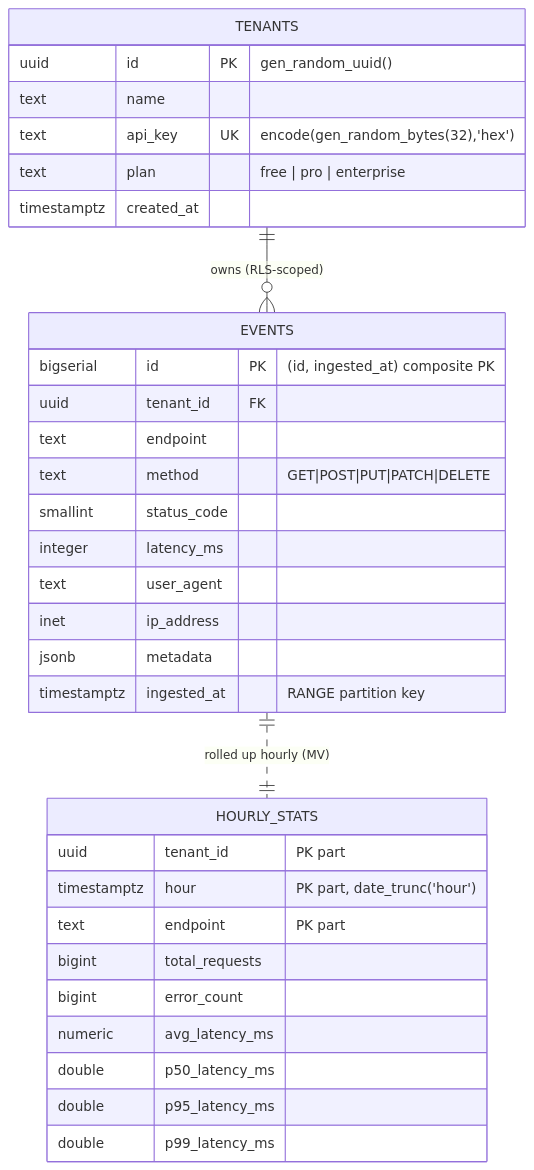
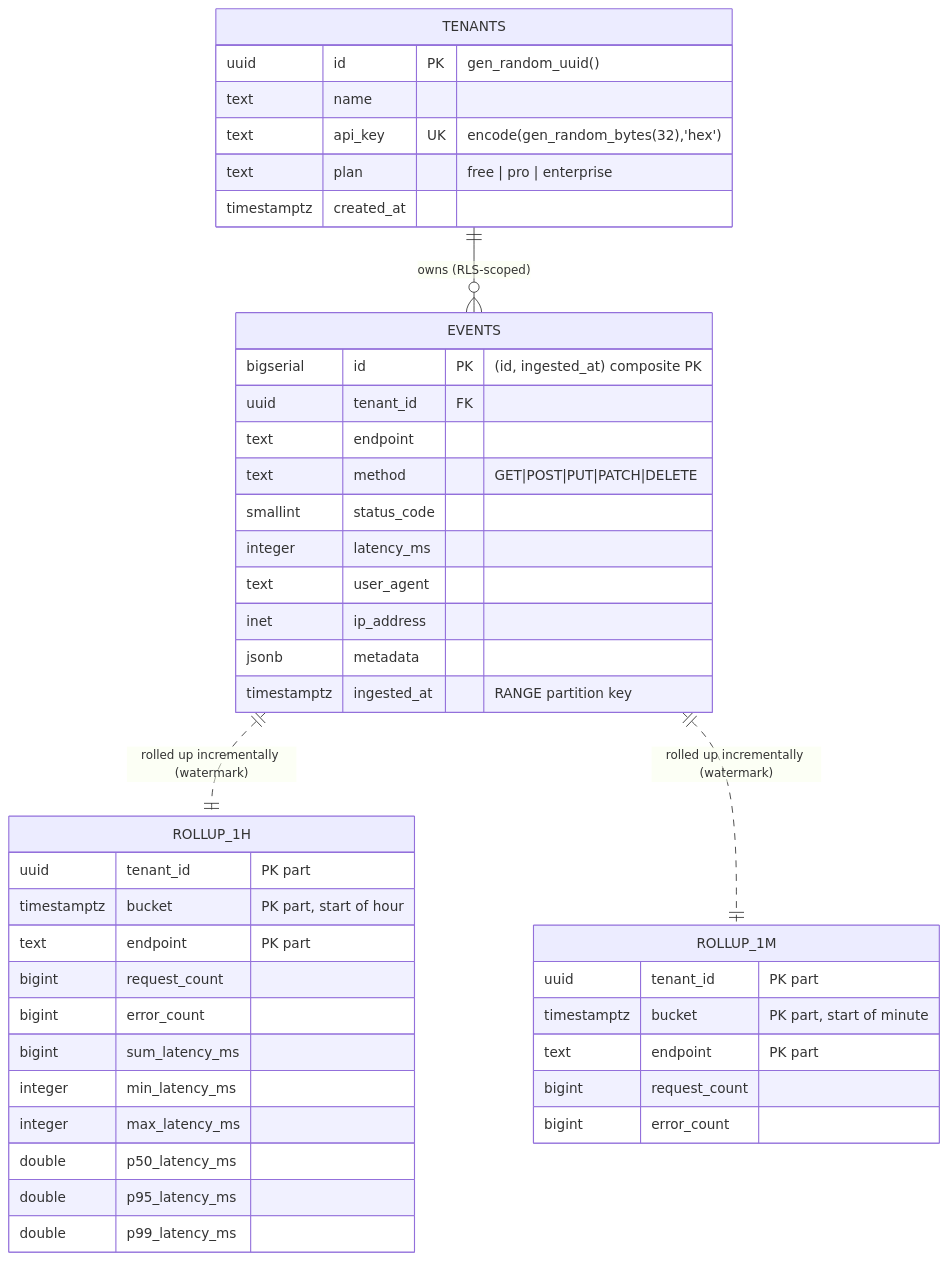
One commit to 7vignesh/pgpulse changed the diagram in schema/ERD.md. Above: the diagram before and after it, drawn with Mermaid. The commit also changed 17 other files, not shown here.

````diff
--- a/schema/ERD.md
+++ b/schema/ERD.md
@@ -3,35 +3,45 @@
 ```mermaid
 erDiagram
     TENANTS ||--o{ EVENTS : "owns (RLS-scoped)"
     TENANTS {
         uuid        id PK "gen_random_uuid()"
         text        name
         text        api_key UK "encode(gen_random_bytes(32),'hex')"
         text        plan "free | pro | enterprise"
         timestamptz created_at
     }
     EVENTS {
         bigserial   id PK "(id, ingested_at) composite PK"
         uuid        tenant_id FK
         text        endpoint
         text        method "GET|POST|PUT|PATCH|DELETE"
         smallint    status_code
         integer     latency_ms
         text        user_agent
         inet        ip_address
         jsonb       metadata
         timestamptz ingested_at "RANGE partition key"
     }
-    EVENTS ||..|| HOURLY_STATS : "rolled up hourly (MV)"
-    HOURLY_STATS {
+    EVENTS ||..|| ROLLUP_1H : "rolled up incrementally (watermark)"
+    EVENTS ||..|| ROLLUP_1M : "rolled up incrementally (watermark)"
+    ROLLUP_1H {
         uuid        tenant_id "PK part"
-        timestamptz hour "PK part, date_trunc('hour')"
+        timestamptz bucket "PK part, start of hour"
         text        endpoint "PK part"
-        bigint      total_requests
+        bigint      request_count
         bigint      error_count
-        numeric     avg_latency_ms
+        bigint      sum_latency_ms
+        integer     min_latency_ms
+        integer     max_latency_ms
         double      p50_latency_ms
         double      p95_latency_ms
         double      p99_latency_ms
     }
+    ROLLUP_1M {
+        uuid        tenant_id "PK part"
+        timestamptz bucket "PK part, start of minute"
+        text        endpoint "PK part"
+        bigint      request_count
+        bigint      error_count
+    }
 ```
````
